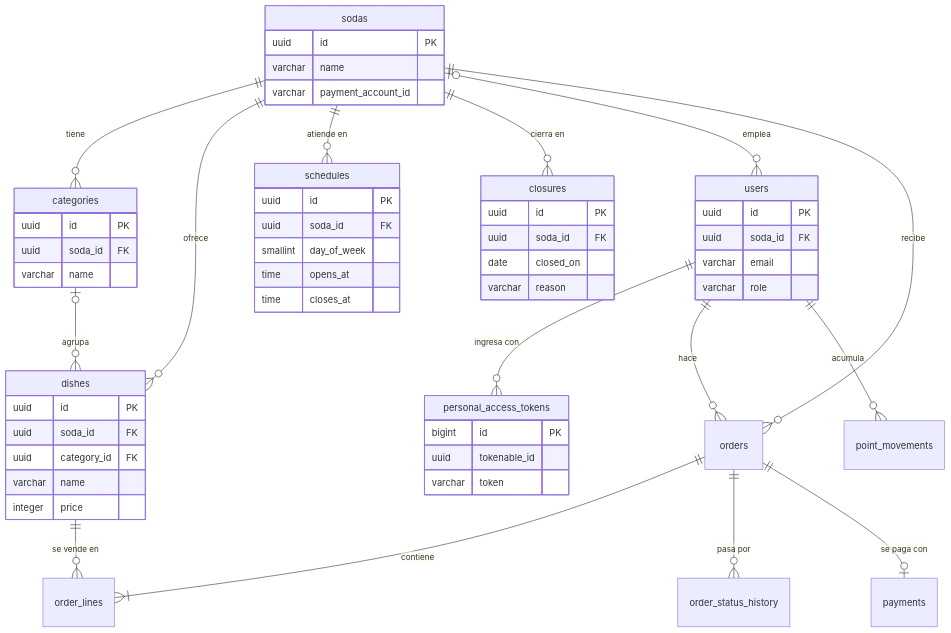
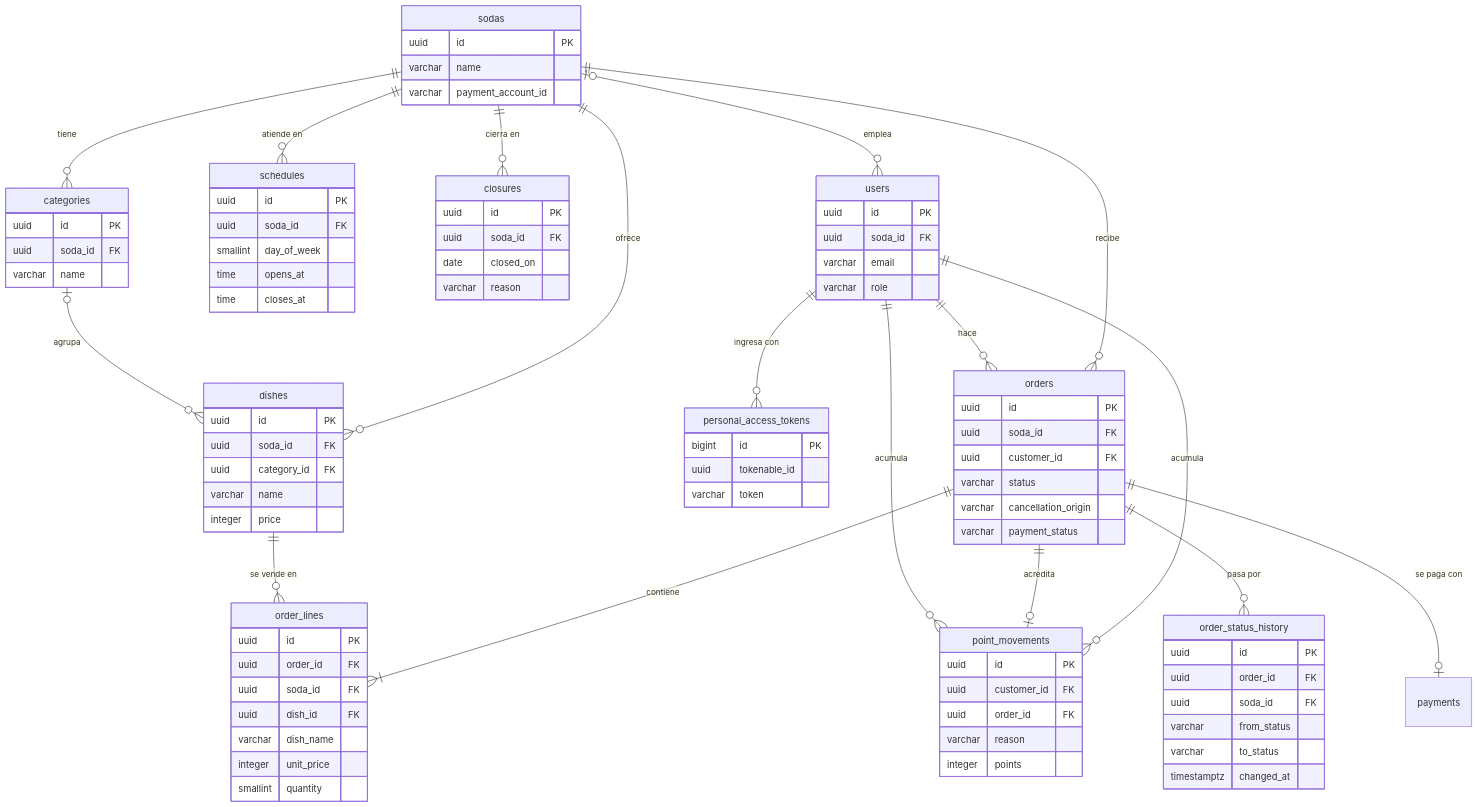
Before and after one commit to BryanChavesSalas/SodaYa-Hexagonal: the diagram in docs/data-model.md, drawn with Mermaid. The commit also changed other lines of this file and 293 other files, not shown here.

First line of the commit message:
feat: implement classes 9 and 10 (photos, orders, kitchen, queues and points)

````diff
--- a/docs/data-model.md
+++ b/docs/data-model.md
@@ -17,6 +17,8 @@
     users ||--o{ personal_access_tokens : "ingresa con"
     sodas ||--o{ orders : "recibe"
     users ||--o{ orders : "hace"
+    users ||--o{ point_movements : "acumula"
+    orders ||--o| point_movements : "acredita"
     orders ||--|{ order_lines : "contiene"
     dishes ||--o{ order_lines : "se vende en"
     orders ||--o{ order_status_history : "pasa por"
@@ -64,4 +66,35 @@
         uuid tokenable_id
         varchar token
     }
+    point_movements {
+        uuid id PK
+        uuid customer_id FK
+        uuid order_id FK
+        varchar reason
+        integer points
+    }
+    orders {
+        uuid id PK
+        uuid soda_id FK
+        uuid customer_id FK
+        varchar status
+        varchar cancellation_origin
+        varchar payment_status
+    }
+    order_lines {
+        uuid id PK
+        uuid order_id FK
+        uuid soda_id FK
+        uuid dish_id FK
+        varchar dish_name
+        integer unit_price
+        smallint quantity
+    }    order_status_history {
+        uuid id PK
+        uuid order_id FK
+        uuid soda_id FK
+        varchar from_status
+        varchar to_status
+        timestamptz changed_at
+    }
 ```
````
